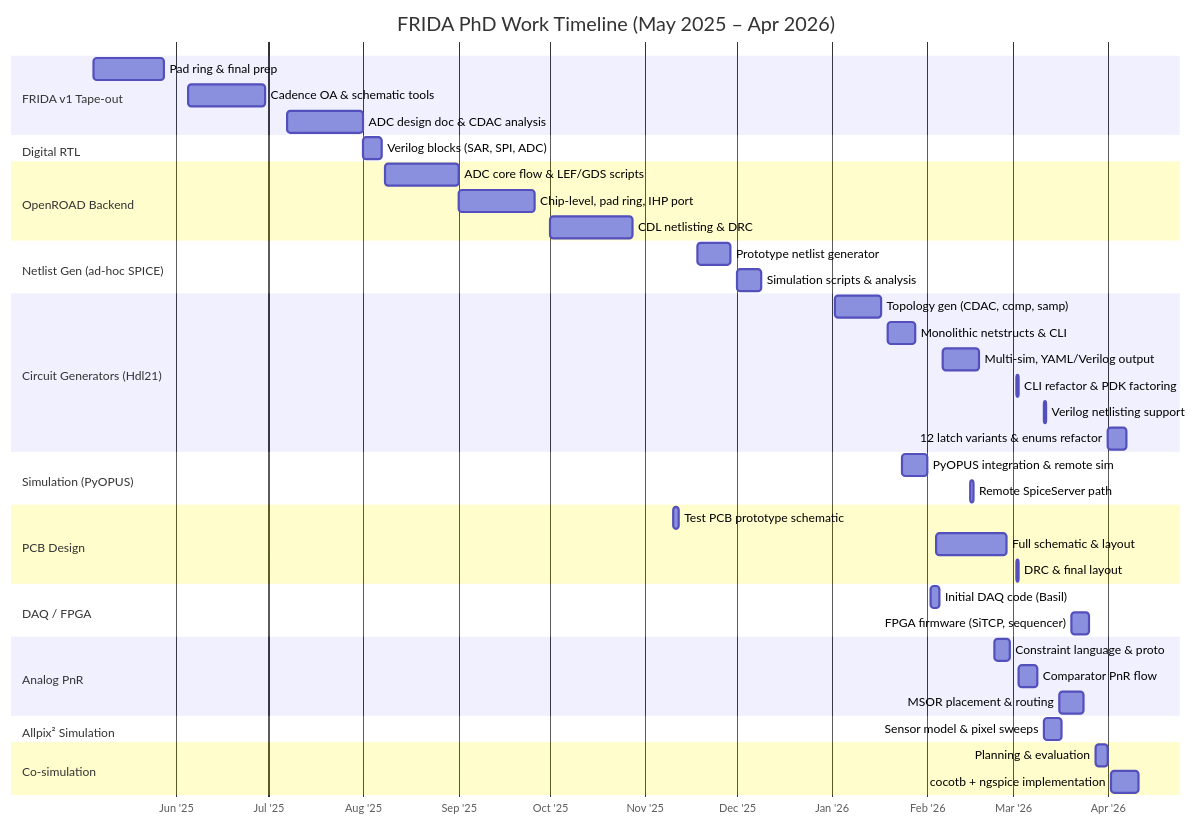
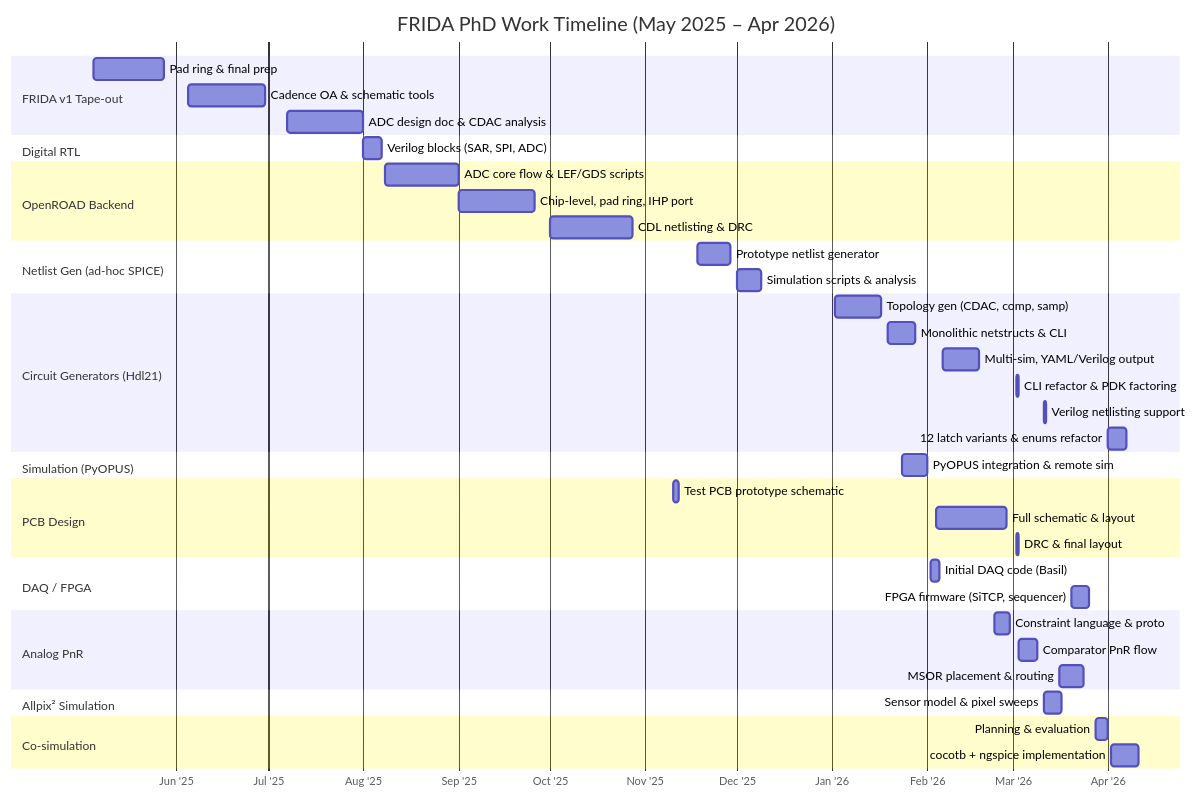
One commit to kcaisley/frida changed the diagram in docs/gantt.md. Above: the diagram before and after it, drawn with Mermaid. The commit also changed 40 other files, not shown here.

````diff
--- a/docs/gantt.md
+++ b/docs/gantt.md
@@ -1,56 +1,55 @@
 ```mermaid
 gantt
     title FRIDA PhD Work Timeline (May 2025 – Apr 2026)
     dateFormat YYYY-MM-DD
     axisFormat %b '%y
 
     section FRIDA v1 Tape-out
     Pad ring & final prep              :2025-05-05, 2025-05-28
     Cadence OA & schematic tools       :2025-06-05, 2025-06-30
     ADC design doc & CDAC analysis     :2025-07-07, 2025-08-01
 
     section Digital RTL
     Verilog blocks (SAR, SPI, ADC)     :2025-08-01, 2025-08-07
 
     section OpenROAD Backend
     ADC core flow & LEF/GDS scripts    :2025-08-08, 2025-09-01
     Chip-level, pad ring, IHP port     :2025-09-01, 2025-09-26
     CDL netlisting & DRC               :2025-10-01, 2025-10-28
 
     section Netlist Gen (ad-hoc SPICE)
     Prototype netlist generator         :2025-11-18, 2025-11-29
     Simulation scripts & analysis       :2025-12-01, 2025-12-09
 
     section Circuit Generators (Hdl21)
     Topology gen (CDAC, comp, samp)    :2026-01-02, 2026-01-17
     Monolithic netstructs & CLI        :2026-01-19, 2026-01-28
     Multi-sim, YAML/Verilog output     :2026-02-06, 2026-02-18
     CLI refactor & PDK factoring       :2026-03-02, 2026-03-03
     Verilog netlisting support         :2026-03-11, 2026-03-12
     12 latch variants & enums refactor :2026-04-01, 2026-04-07
 
     section Simulation (PyOPUS)
     PyOPUS integration & remote sim    :2026-01-24, 2026-02-01
-    Remote SpiceServer path            :2026-02-15, 2026-02-16
 
     section PCB Design
     Test PCB prototype schematic       :2025-11-10, 2025-11-12
     Full schematic & layout            :2026-02-04, 2026-02-27
     DRC & final layout                 :2026-03-02, 2026-03-03
 
     section DAQ / FPGA
     Initial DAQ code (Basil)           :2026-02-02, 2026-02-05
     FPGA firmware (SiTCP, sequencer)   :2026-03-20, 2026-03-26
 
     section Analog PnR
     Constraint language & proto        :2026-02-23, 2026-02-28
     Comparator PnR flow                :2026-03-03, 2026-03-09
     MSOR placement & routing           :2026-03-16, 2026-03-24
 
     section Allpix² Simulation
     Sensor model & pixel sweeps        :2026-03-11, 2026-03-17
 
     section Co-simulation
     Planning & evaluation              :2026-03-28, 2026-04-01
     cocotb + ngspice implementation    :2026-04-02, 2026-04-11
 ```
````
